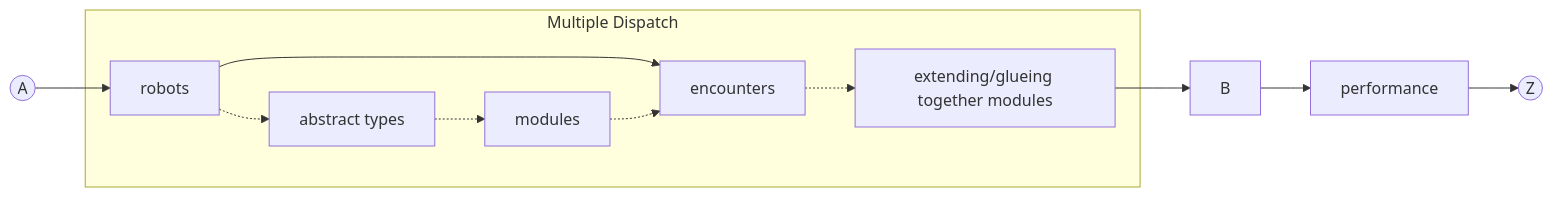
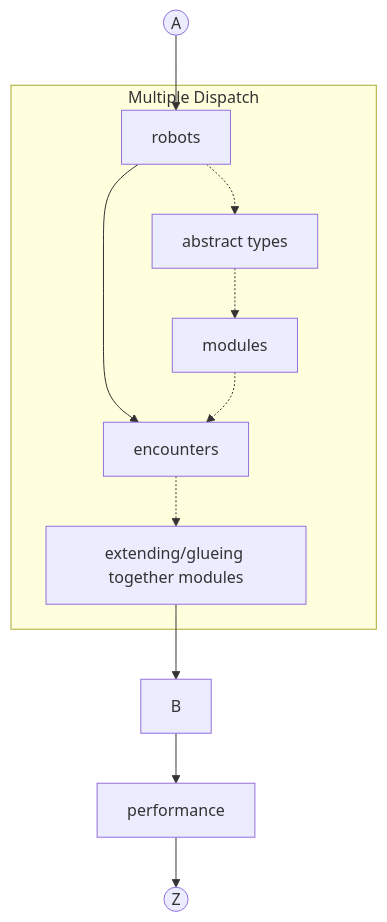
One commit to exercism/julia changed the diagram in reference/progression.md. Above: the diagram before and after it, drawn with Mermaid.

Commit message:
Render mermaid graph code blocks
* Change website title to Exercism v3

* Render mermaid graphs

Codeblocks with the language set to mermaid will be rendered as mermaid
graphs.

See languages/reference/progression.md for an example.

* Replace num with random ID

* Add docs on how to write graphs

* Add link to website

* Remove examples

* Update docs/maintainers/README.md

* Move script loading

* Rearrange scripts

````diff
--- a/reference/progression.md
+++ b/reference/progression.md
@@ -5,14 +5,14 @@
 ```mermaid
-graph LR
+graph TD
 A((A)) --> robots
 subgraph Multiple Dispatch
 	robots --> encounters
 	robots -.-> abstract-types
 	abstract-types[abstract types] -.-> modules
 	modules -.-> encounters
 	encounters -.-> extension[extending/glueing together modules]
 end
 extension --> B
 B --> performance
 performance --> Z((Z))
 ```
````
